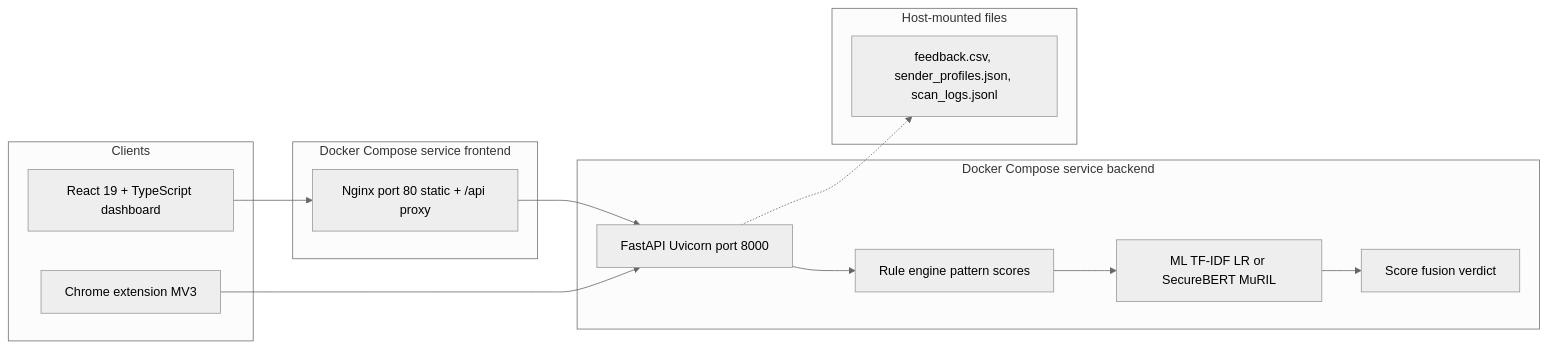
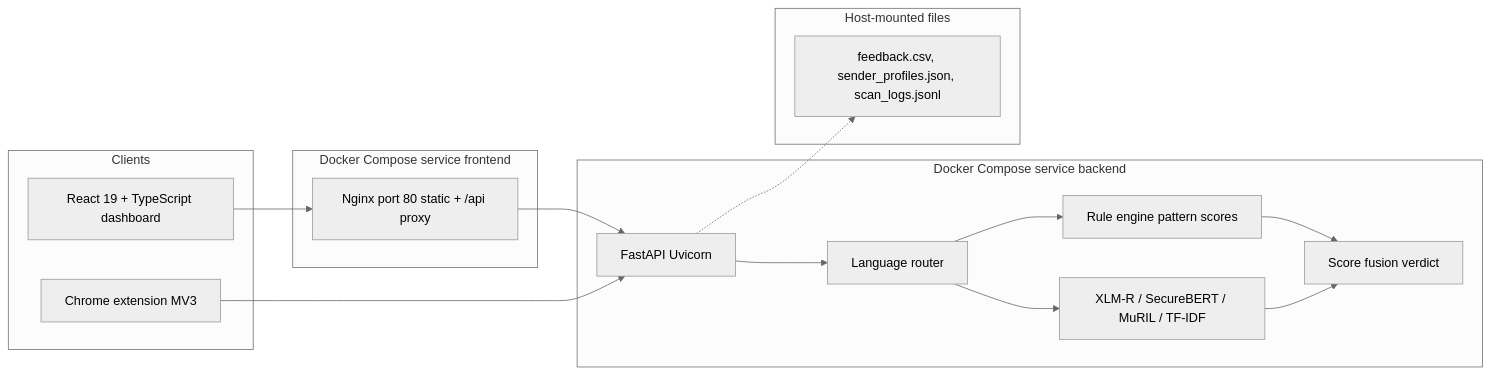
Before and after one commit to mohd-ibadullah/PhishShield: the diagram in README.md, drawn with Mermaid (neutral theme). The commit also changed other lines of this file, not shown here.

Commit message:
Made the README tell the truth about limits, the language router, the extension sign-in and the new legs flag instead of hiding the weak spots.

````diff
--- a/README.md
+++ b/README.md
@@ -64,24 +62,29 @@
 ```mermaid
 flowchart LR
   subgraph C["Clients"]
     UI["React 19 + TypeScript dashboard"]
     EXT["Chrome extension MV3"]
   end
   subgraph SFE["Docker Compose service frontend"]
     NGX["Nginx port 80 static + /api proxy"]
   end
   subgraph SBE["Docker Compose service backend"]
-    API["FastAPI Uvicorn port 8000"]
+    API["FastAPI Uvicorn"]
+    ROUTER["Language router"]
     RULES["Rule engine pattern scores"]
-    MLN["ML TF-IDF LR or SecureBERT MuRIL"]
+    MLN["XLM-R / SecureBERT / MuRIL / TF-IDF"]
     FUS["Score fusion verdict"]
   end
   subgraph VOL["Host-mounted files"]
     FILES["feedback.csv, sender_profiles.json, scan_logs.jsonl"]
   end
   UI --> NGX
   NGX --> API
   EXT --> API
-  API --> RULES --> MLN --> FUS
+  API --> ROUTER
+  ROUTER --> RULES
+  ROUTER --> MLN
+  RULES --> FUS
+  MLN --> FUS
   API -.-> FILES
 ```
````
